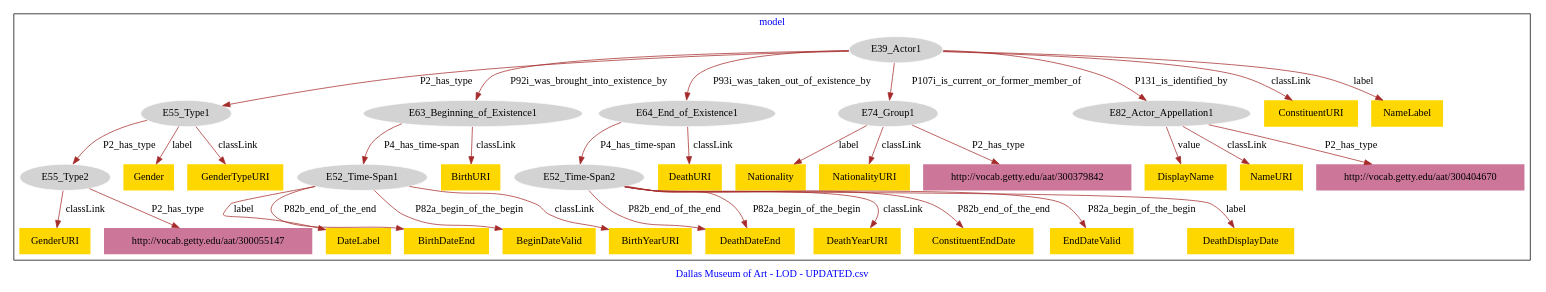
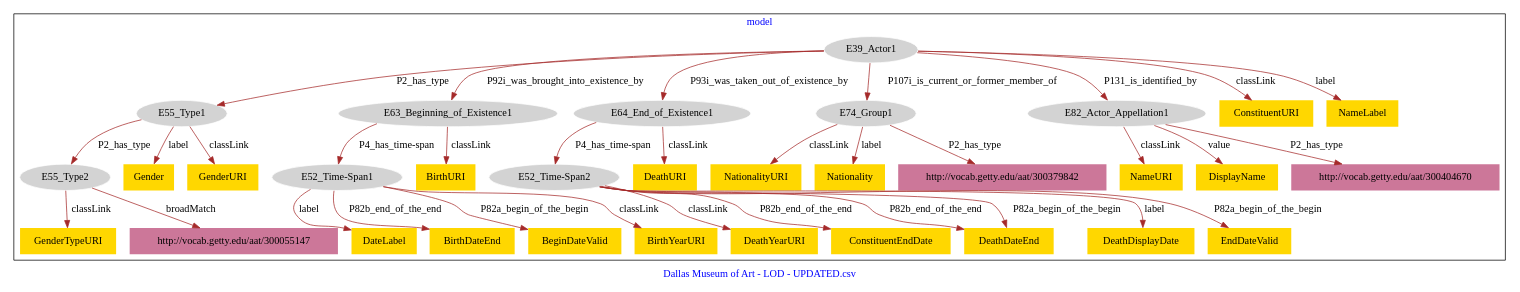
One commit to american-art/DMA changed the diagram in Constituents/DMA_Constituents-model.dot. Above: the diagram before and after it, drawn with Graphviz.

Commit message:
Update file DMA_Constituents-model.dot

```diff
--- a/Constituents/DMA_Constituents-model.dot
+++ b/Constituents/DMA_Constituents-model.dot
@@ -1,72 +1,72 @@
 digraph n0 {
 fontcolor="blue"
 remincross="true"
 label="Dallas Museum of Art - LOD - UPDATED.csv"
 subgraph cluster {
 label="model"
 n2[style="filled",color="white",fillcolor="lightgray",label="E39_Actor1"];
 n3[style="filled",color="white",fillcolor="lightgray",label="E55_Type1"];
 n4[style="filled",color="white",fillcolor="lightgray",label="E63_Beginning_of_Existence1"];
 n5[style="filled",color="white",fillcolor="lightgray",label="E64_End_of_Existence1"];
 n6[style="filled",color="white",fillcolor="lightgray",label="E74_Group1"];
 n7[style="filled",color="white",fillcolor="lightgray",label="E82_Actor_Appellation1"];
 n8[style="filled",color="white",fillcolor="lightgray",label="E55_Type2"];
 n9[style="filled",color="white",fillcolor="lightgray",label="E52_Time-Span1"];
 n10[style="filled",color="white",fillcolor="lightgray",label="E52_Time-Span2"];
-n11[shape="plaintext",style="filled",fillcolor="gold",label="DeathDateEnd"];
-n12[shape="plaintext",style="filled",fillcolor="gold",label="DeathYearURI"];
+n11[shape="plaintext",style="filled",fillcolor="gold",label="NationalityURI"];
+n12[shape="plaintext",style="filled",fillcolor="gold",label="DeathURI"];
 n13[shape="plaintext",style="filled",fillcolor="gold",label="DateLabel"];
-n14[shape="plaintext",style="filled",fillcolor="gold",label="Nationality"];
+n14[shape="plaintext",style="filled",fillcolor="gold",label="DeathYearURI"];
 n15[shape="plaintext",style="filled",fillcolor="gold",label="ConstituentURI"];
-n16[shape="plaintext",style="filled",fillcolor="gold",label="ConstituentEndDate"];
-n17[shape="plaintext",style="filled",fillcolor="gold",label="DisplayName"];
-n18[shape="plaintext",style="filled",fillcolor="gold",label="GenderURI"];
-n19[shape="plaintext",style="filled",fillcolor="gold",label="EndDateValid"];
-n20[shape="plaintext",style="filled",fillcolor="gold",label="Gender"];
-n21[shape="plaintext",style="filled",fillcolor="gold",label="NationalityURI"];
-n22[shape="plaintext",style="filled",fillcolor="gold",label="DeathURI"];
-n23[shape="plaintext",style="filled",fillcolor="gold",label="NameLabel"];
+n16[shape="plaintext",style="filled",fillcolor="gold",label="NameURI"];
+n17[shape="plaintext",style="filled",fillcolor="gold",label="NameLabel"];
+n18[shape="plaintext",style="filled",fillcolor="gold",label="Gender"];
+n19[shape="plaintext",style="filled",fillcolor="gold",label="ConstituentEndDate"];
+n20[shape="plaintext",style="filled",fillcolor="gold",label="BirthDateEnd"];
+n21[shape="plaintext",style="filled",fillcolor="gold",label="BeginDateValid"];
+n22[shape="plaintext",style="filled",fillcolor="gold",label="BirthYearURI"];
+n23[shape="plaintext",style="filled",fillcolor="gold",label="Nationality"];
 n24[shape="plaintext",style="filled",fillcolor="gold",label="GenderTypeURI"];
-n25[shape="plaintext",style="filled",fillcolor="gold",label="BirthDateEnd"];
+n25[shape="plaintext",style="filled",fillcolor="gold",label="DeathDateEnd"];
 n26[shape="plaintext",style="filled",fillcolor="gold",label="DeathDisplayDate"];
-n27[shape="plaintext",style="filled",fillcolor="gold",label="NameURI"];
-n28[shape="plaintext",style="filled",fillcolor="gold",label="BeginDateValid"];
-n29[shape="plaintext",style="filled",fillcolor="gold",label="BirthURI"];
-n30[shape="plaintext",style="filled",fillcolor="gold",label="BirthYearURI"];
+n27[shape="plaintext",style="filled",fillcolor="gold",label="GenderURI"];
+n28[shape="plaintext",style="filled",fillcolor="gold",label="EndDateValid"];
+n29[shape="plaintext",style="filled",fillcolor="gold",label="DisplayName"];
+n30[shape="plaintext",style="filled",fillcolor="gold",label="BirthURI"];
 n31[shape="plaintext",style="filled",fillcolor="#CC7799",label="http://vocab.getty.edu/aat/300404670"];
-n32[shape="plaintext",style="filled",fillcolor="#CC7799",label="http://vocab.getty.edu/aat/300055147"];
-n33[shape="plaintext",style="filled",fillcolor="#CC7799",label="http://vocab.getty.edu/aat/300379842"];
+n32[shape="plaintext",style="filled",fillcolor="#CC7799",label="http://vocab.getty.edu/aat/300379842"];
+n33[shape="plaintext",style="filled",fillcolor="#CC7799",label="http://vocab.getty.edu/aat/300055147"];
 }
 n2 -> n3[color="brown",fontcolor="black",label="P2_has_type"]
 n2 -> n4[color="brown",fontcolor="black",label="P92i_was_brought_into_existence_by"]
 n2 -> n5[color="brown",fontcolor="black",label="P93i_was_taken_out_of_existence_by"]
 n2 -> n6[color="brown",fontcolor="black",label="P107i_is_current_or_former_member_of"]
 n2 -> n7[color="brown",fontcolor="black",label="P131_is_identified_by"]
 n3 -> n8[color="brown",fontcolor="black",label="P2_has_type"]
 n4 -> n9[color="brown",fontcolor="black",label="P4_has_time-span"]
 n5 -> n10[color="brown",fontcolor="black",label="P4_has_time-span"]
-n10 -> n11[color="brown",fontcolor="black",label="P82b_end_of_the_end"]
-n10 -> n12[color="brown",fontcolor="black",label="classLink"]
+n6 -> n11[color="brown",fontcolor="black",label="classLink"]
+n5 -> n12[color="brown",fontcolor="black",label="classLink"]
 n9 -> n13[color="brown",fontcolor="black",label="label"]
-n6 -> n14[color="brown",fontcolor="black",label="label"]
+n10 -> n14[color="brown",fontcolor="black",label="classLink"]
 n2 -> n15[color="brown",fontcolor="black",label="classLink"]
-n10 -> n16[color="brown",fontcolor="black",label="P82b_end_of_the_end"]
-n7 -> n17[color="brown",fontcolor="black",label="value"]
-n8 -> n18[color="brown",fontcolor="black",label="classLink"]
-n10 -> n19[color="brown",fontcolor="black",label="P82a_begin_of_the_begin"]
-n3 -> n20[color="brown",fontcolor="black",label="label"]
-n6 -> n21[color="brown",fontcolor="black",label="classLink"]
-n5 -> n22[color="brown",fontcolor="black",label="classLink"]
-n2 -> n23[color="brown",fontcolor="black",label="label"]
-n3 -> n24[color="brown",fontcolor="black",label="classLink"]
-n9 -> n25[color="brown",fontcolor="black",label="P82b_end_of_the_end"]
+n7 -> n16[color="brown",fontcolor="black",label="classLink"]
+n2 -> n17[color="brown",fontcolor="black",label="label"]
+n3 -> n18[color="brown",fontcolor="black",label="label"]
+n10 -> n19[color="brown",fontcolor="black",label="P82b_end_of_the_end"]
+n9 -> n20[color="brown",fontcolor="black",label="P82b_end_of_the_end"]
+n9 -> n21[color="brown",fontcolor="black",label="P82a_begin_of_the_begin"]
+n9 -> n22[color="brown",fontcolor="black",label="classLink"]
+n6 -> n23[color="brown",fontcolor="black",label="label"]
+n8 -> n24[color="brown",fontcolor="black",label="classLink"]
+n10 -> n25[color="brown",fontcolor="black",label="P82b_end_of_the_end"]
 n10 -> n26[color="brown",fontcolor="black",label="label"]
-n7 -> n27[color="brown",fontcolor="black",label="classLink"]
-n9 -> n28[color="brown",fontcolor="black",label="P82a_begin_of_the_begin"]
-n4 -> n29[color="brown",fontcolor="black",label="classLink"]
-n9 -> n30[color="brown",fontcolor="black",label="classLink"]
+n3 -> n27[color="brown",fontcolor="black",label="classLink"]
+n10 -> n28[color="brown",fontcolor="black",label="P82a_begin_of_the_begin"]
+n7 -> n29[color="brown",fontcolor="black",label="value"]
+n4 -> n30[color="brown",fontcolor="black",label="classLink"]
 n7 -> n31[color="brown",fontcolor="black",label="P2_has_type"]
-n8 -> n32[color="brown",fontcolor="black",label="P2_has_type"]
-n6 -> n33[color="brown",fontcolor="black",label="P2_has_type"]
-n10 -> n11[color="brown",fontcolor="black",label="P82a_begin_of_the_begin"]
+n6 -> n32[color="brown",fontcolor="black",label="P2_has_type"]
+n10 -> n25[color="brown",fontcolor="black",label="P82a_begin_of_the_begin"]
+n8 -> n33[color="brown",fontcolor="black",label="broadMatch"]
 }
```
